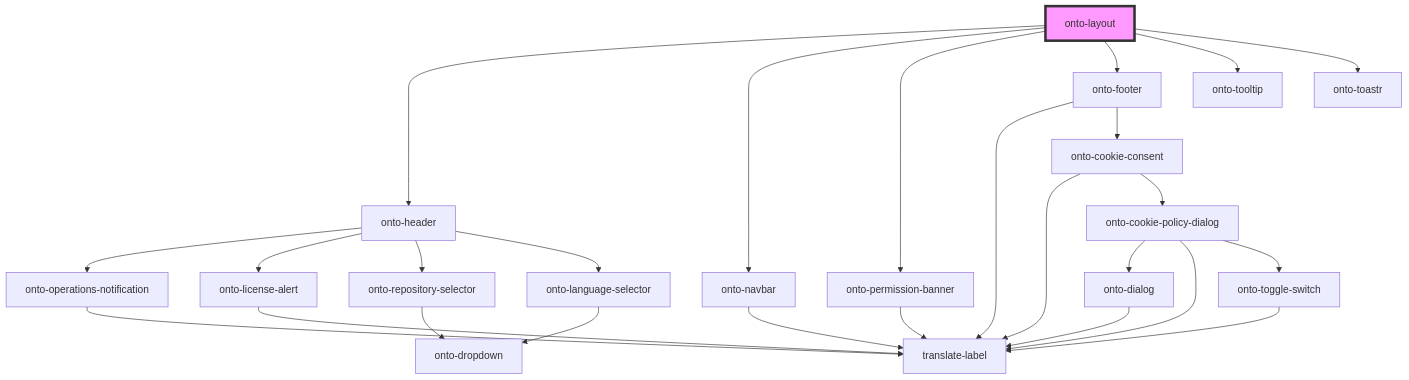
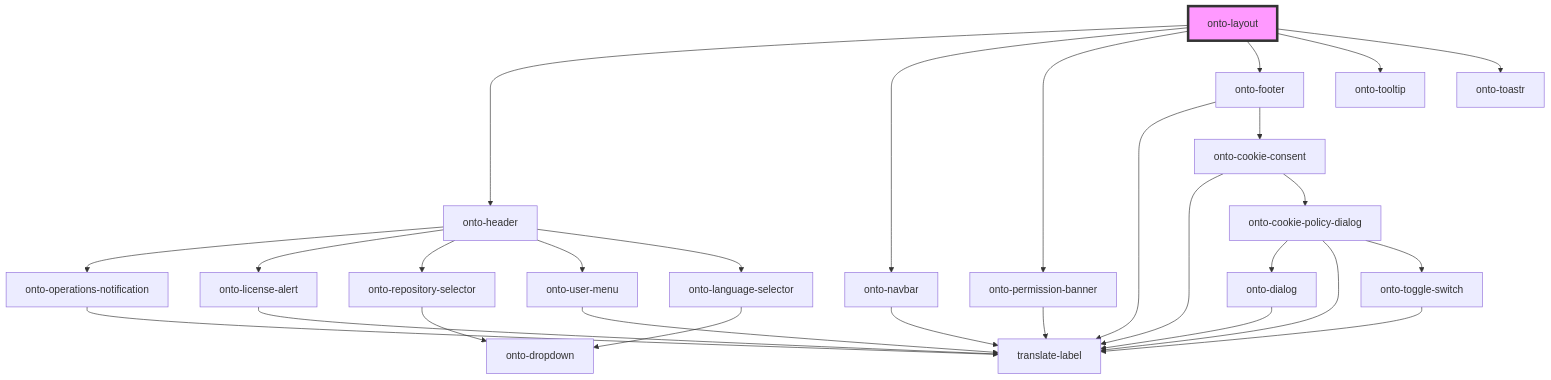
Before and after one commit to Ontotext-AD/graphdb-workbench: the diagram in packages/shared-components/src/components/onto-layout/readme.md, drawn with Mermaid. The commit also changed 22 other files, not shown here.

First line of the commit message:
GDB-11317 Implement user menu

````diff
--- a/packages/shared-components/src/components/onto-layout/readme.md
+++ b/packages/shared-components/src/components/onto-layout/readme.md
@@ -20,29 +20,31 @@
 ```mermaid
 graph TD;
   onto-layout --> onto-header
   onto-layout --> onto-navbar
   onto-layout --> onto-permission-banner
   onto-layout --> onto-footer
   onto-layout --> onto-tooltip
   onto-layout --> onto-toastr
   onto-header --> onto-operations-notification
   onto-header --> onto-license-alert
   onto-header --> onto-repository-selector
+  onto-header --> onto-user-menu
   onto-header --> onto-language-selector
   onto-operations-notification --> translate-label
   onto-license-alert --> translate-label
   onto-repository-selector --> onto-dropdown
+  onto-user-menu --> translate-label
   onto-language-selector --> onto-dropdown
   onto-navbar --> translate-label
   onto-permission-banner --> translate-label
   onto-footer --> translate-label
   onto-footer --> onto-cookie-consent
   onto-cookie-consent --> translate-label
   onto-cookie-consent --> onto-cookie-policy-dialog
   onto-cookie-policy-dialog --> onto-dialog
   onto-cookie-policy-dialog --> translate-label
   onto-cookie-policy-dialog --> onto-toggle-switch
   onto-dialog --> translate-label
   onto-toggle-switch --> translate-label
   style onto-layout fill:#f9f,stroke:#333,stroke-width:4px
 ```
````
